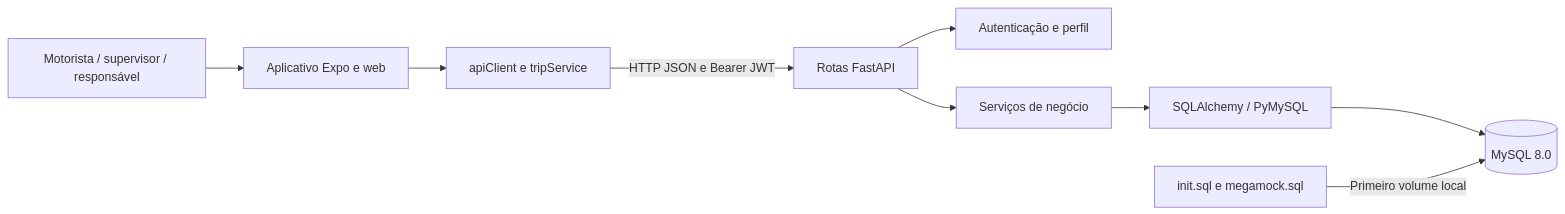
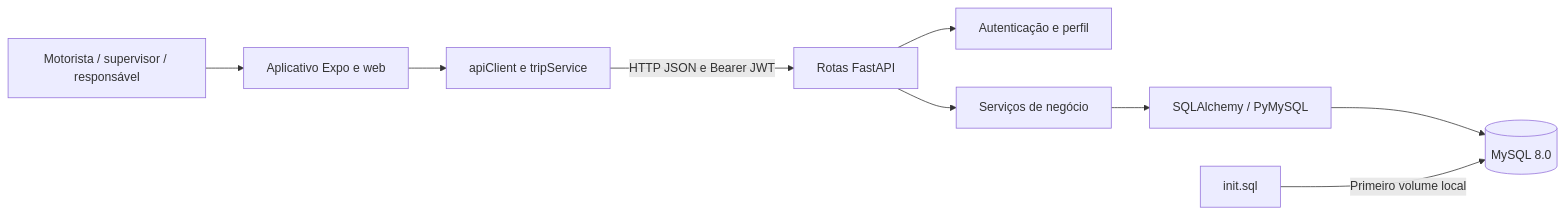
Before and after one commit to ThiagoBaso/busguard: the diagram in project.md, drawn with Mermaid. The commit also changed other lines of this file and 20 other files, not shown here.

````diff
--- a/project.md
+++ b/project.md
@@ -36,11 +36,11 @@
 ```mermaid
 flowchart LR
     U[Motorista / supervisor / responsável] --> UI[Aplicativo Expo e web]
     UI --> CLIENT[apiClient e tripService]
     CLIENT -->|HTTP JSON e Bearer JWT| ROUTES[Rotas FastAPI]
     ROUTES --> AUTH[Autenticação e perfil]
     ROUTES --> SERVICES[Serviços de negócio]
     SERVICES --> ORM[SQLAlchemy / PyMySQL]
     ORM --> DB[(MySQL 8.0)]
-    SQL[init.sql e megamock.sql] -->|Primeiro volume local| DB
+    SQL[init.sql] -->|Primeiro volume local| DB
 ```
````
